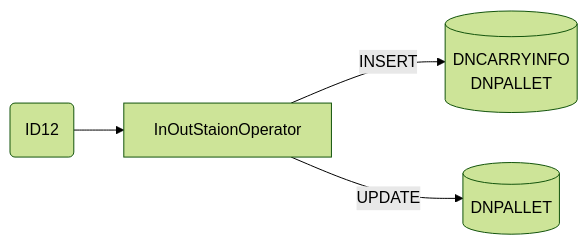
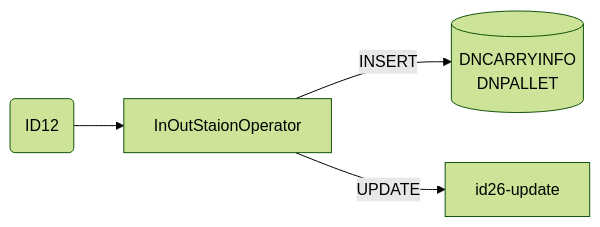
Before and after one commit to luthfiadityaa/SimeDarby-Wiki: the sixth of 17 diagrams in Basic-Design/DFD-WMS/Retrieval/QC-Setting/Retrieval-for-QC-Start.md, drawn with Mermaid (forest theme).

Commit message:
Updated Retrieval for QC Start

```diff
--- a/Basic-Design/DFD-WMS/Retrieval/QC-Setting/Retrieval-for-QC-Start.md
+++ b/Basic-Design/DFD-WMS/Retrieval/QC-Setting/Retrieval-for-QC-Start.md
@@ -293,22 +293,18 @@
 ::: mermaid
 flowchart LR
 
 id26msg("
 ID12
 ")
 
 id26-insert[("
 DNCARRYINFO
 DNPALLET
 ")]
 
-id26-update[("
-DNPALLET
-")]
-
 inoutstationoperator[InOutStaionOperator]
 
 id26msg-->inoutstationoperator
 inoutstationoperator--> |INSERT| id26-insert
 inoutstationoperator--> |UPDATE| id26-update
 :::
```
